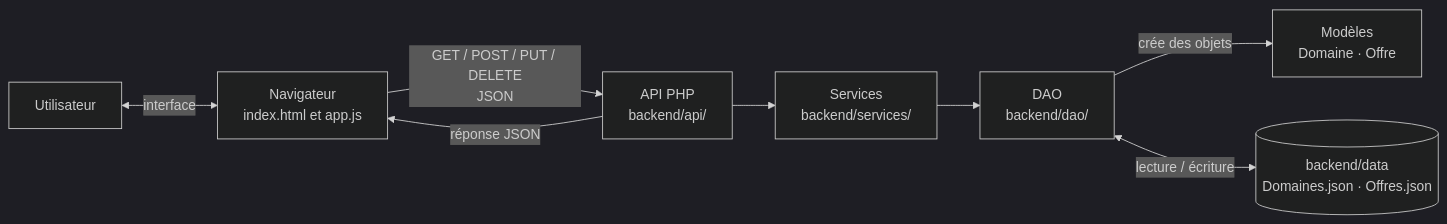
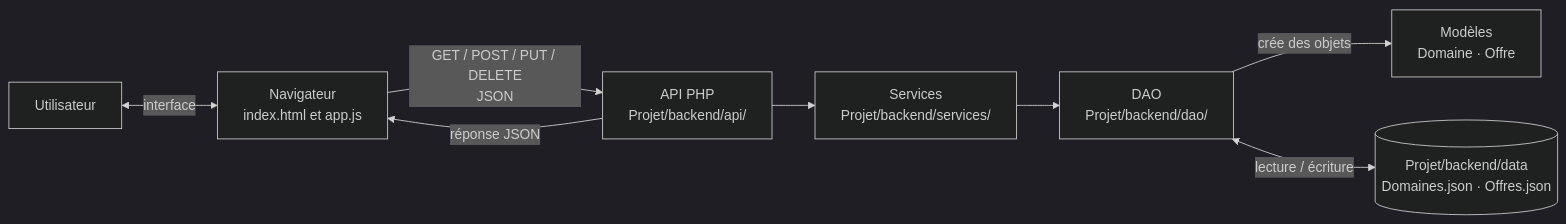
The third of 3 diagrams in Rapport/architecture_du_system/architecture_du_system.md (DgharMohamed/Projet-Fil-Rouge), drawn with Mermaid (dark theme) before and after one commit. The commit also changed 4 other files, not shown here.

````diff
--- a/Rapport/architecture_du_system/architecture_du_system.md
+++ b/Rapport/architecture_du_system/architecture_du_system.md
@@ -39,10 +39,10 @@
 ```mermaid
 flowchart LR
 U[Utilisateur] <-->|interface| UI[Navigateur<br/>index.html et app.js]
-UI -->|GET / POST / PUT / DELETE<br/>JSON| API[API PHP<br/>backend/api/]
-API --> S[Services<br/>backend/services/]
-S --> DAO[DAO<br/>backend/dao/]
+UI -->|GET / POST / PUT / DELETE<br/>JSON| API[API PHP<br/>Projet/backend/api/]
+API --> S[Services<br/>Projet/backend/services/]
+S --> DAO[DAO<br/>Projet/backend/dao/]
 DAO -->|crée des objets| M[Modèles<br/>Domaine · Offre]
-DAO <-->|lecture / écriture| F[(backend/data<br/>Domaines.json · Offres.json)]
+DAO <-->|lecture / écriture| F[(Projet/backend/data<br/>Domaines.json · Offres.json)]
 API -->|réponse JSON| UI
 ```
````
